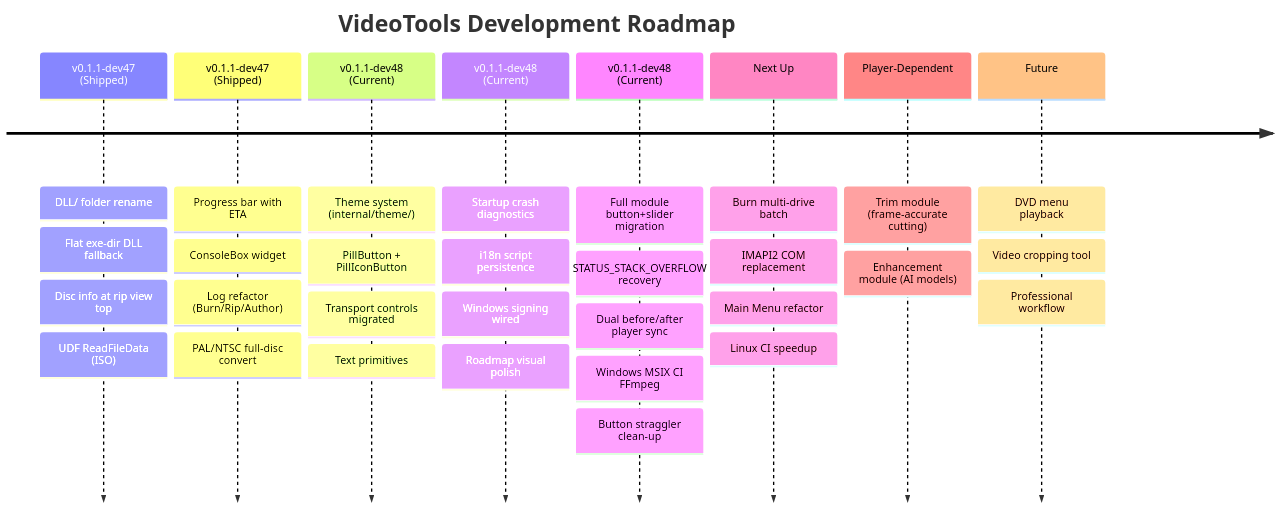
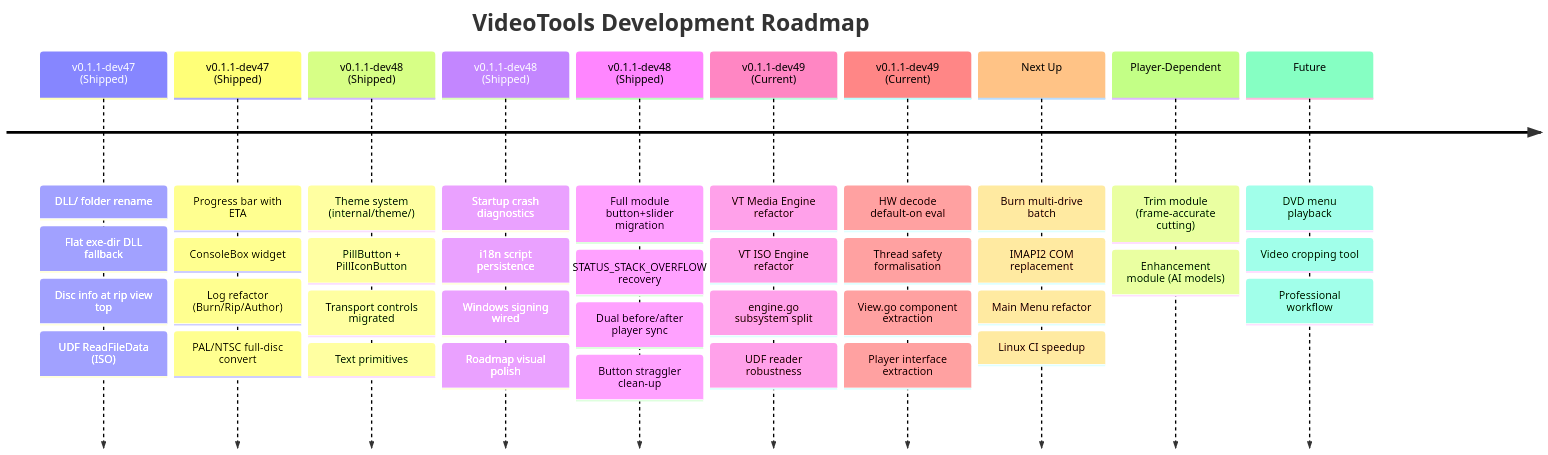
The diagram in docs/ROADMAP.md (LeakTechnologies/VideoTools), drawn with Mermaid before and after one commit. The commit also changed other lines of this file and 4 other files, not shown here.

First line of the commit message:
docs: lay out VT Media Engine + VT ISO Engine refactoring roadmap for dev49

````diff
--- a/docs/ROADMAP.md
+++ b/docs/ROADMAP.md
@@ -7,12 +7,14 @@
 ```mermaid
 timeline
     title VideoTools Development Roadmap
     v0.1.1-dev47 (Shipped) : DLL/ folder rename : Flat exe-dir DLL fallback : Disc info at rip view top : UDF ReadFileData (ISO)
     v0.1.1-dev47 (Shipped) : Progress bar with ETA : ConsoleBox widget : Log refactor (Burn/Rip/Author) : PAL/NTSC full-disc convert
-    v0.1.1-dev48 (Current) : Theme system (internal/theme/) : PillButton + PillIconButton : Transport controls migrated : Text primitives
-    v0.1.1-dev48 (Current) : Startup crash diagnostics : i18n script persistence : Windows signing wired : Roadmap visual polish
-    v0.1.1-dev48 (Current) : Full module button+slider migration : STATUS_STACK_OVERFLOW recovery : Dual before/after player sync : Windows MSIX CI FFmpeg : Button straggler clean-up
+    v0.1.1-dev48 (Shipped) : Theme system (internal/theme/) : PillButton + PillIconButton : Transport controls migrated : Text primitives
+    v0.1.1-dev48 (Shipped) : Startup crash diagnostics : i18n script persistence : Windows signing wired : Roadmap visual polish
+    v0.1.1-dev48 (Shipped) : Full module button+slider migration : STATUS_STACK_OVERFLOW recovery : Dual before/after player sync : Button straggler clean-up
+    v0.1.1-dev49 (Current) : VT Media Engine refactor : VT ISO Engine refactor : engine.go subsystem split : UDF reader robustness
+    v0.1.1-dev49 (Current) : HW decode default-on eval : Thread safety formalisation : View.go component extraction : Player interface extraction
     Next Up : Burn multi-drive batch : IMAPI2 COM replacement : Main Menu refactor : Linux CI speedup
     Player-Dependent : Trim module (frame-accurate cutting) : Enhancement module (AI models)
     Future : DVD menu playback : Video cropping tool : Professional workflow
 ```
````
